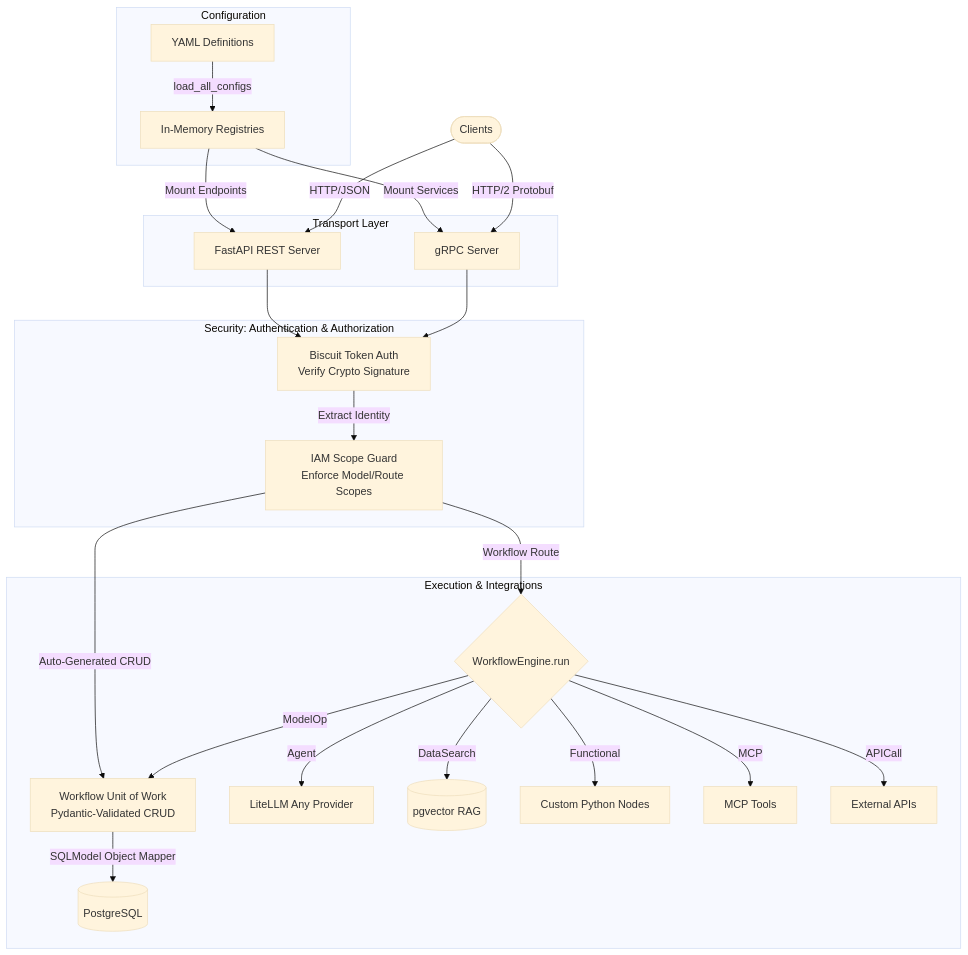
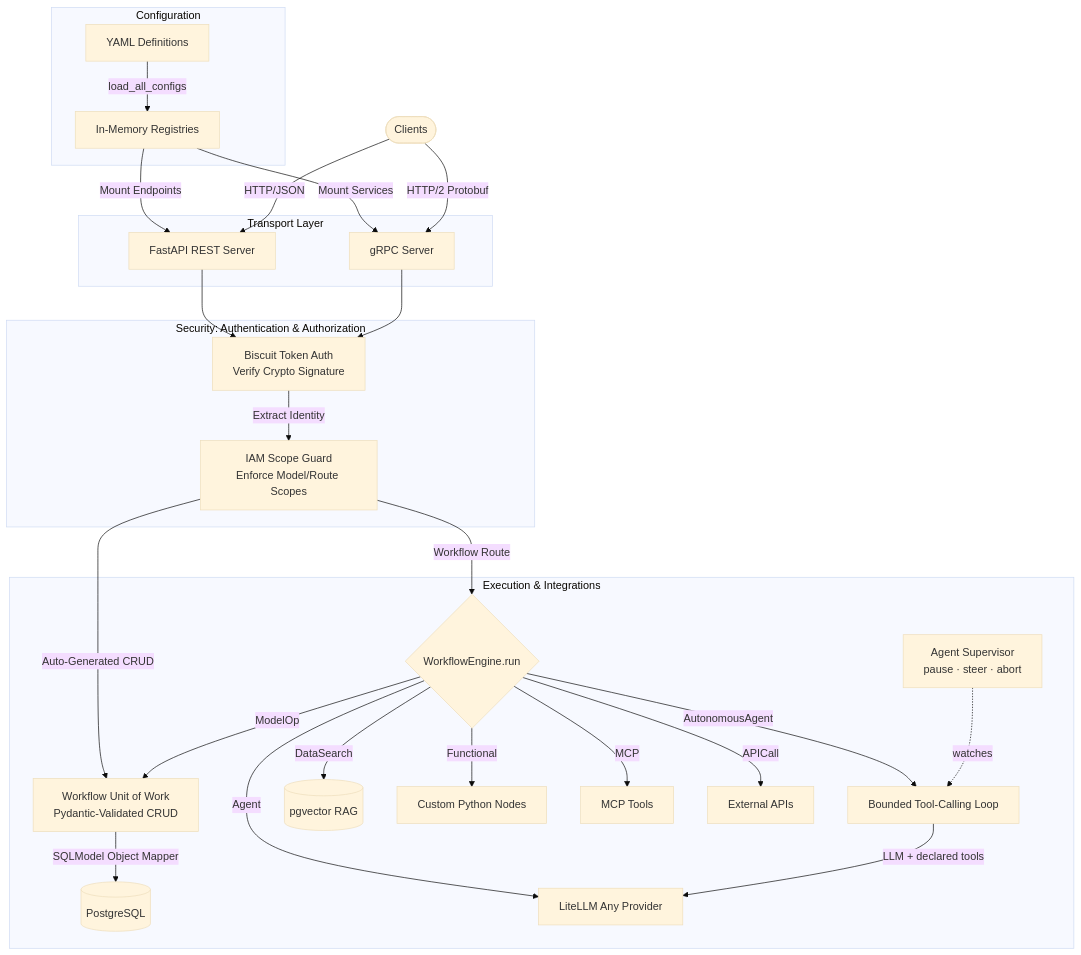
The diagram in docs/index.md (tuvl-io/docs), drawn with Mermaid (base theme) before and after one commit. The commit also changed other lines of this file, not shown here.

First line of the commit message:
docs(home): surface Autonomous Agents + Agent Supervisor in Key Features

````diff
--- a/docs/index.md
+++ b/docs/index.md
@@ -120,33 +136,36 @@
 ```mermaid
 flowchart TD
     subgraph Configuration
         YAML[YAML Definitions] -->|load_all_configs| Reg[In-Memory Registries]
     end
 
     subgraph Transport Layer
         Reg -->|Mount Endpoints| REST[FastAPI REST Server]
         Reg -->|Mount Services| GRPC[gRPC Server]
     end
 
     Client([Clients]) -->|HTTP/JSON| REST
     Client -->|HTTP/2 Protobuf| GRPC
 
     subgraph Security: Authentication & Authorization
         REST --> Auth[Biscuit Token Auth<br>Verify Crypto Signature]
         GRPC --> Auth
         Auth -->|Extract Identity| AuthZ[IAM Scope Guard<br>Enforce Model/Route Scopes]
     end
 
     AuthZ -->|Workflow Route| Engine{WorkflowEngine.run}
     AuthZ -->|Auto-Generated CRUD| UoW[Workflow Unit of Work<br>Pydantic-Validated CRUD]
 
     subgraph Execution & Integrations
         Engine -->|ModelOp| UoW
         UoW -->|SQLModel Object Mapper| PG[(PostgreSQL)]
         Engine -->|Agent| LLM[LiteLLM Any Provider]
+        Engine -->|AutonomousAgent| Loop[Bounded Tool-Calling Loop]
+        Loop -->|LLM + declared tools| LLM
+        Sup[Agent Supervisor<br>pause · steer · abort] -.watches.-> Loop
         Engine -->|DataSearch| RAG[(pgvector RAG)]
         Engine -->|Functional| Nodes[Custom Python Nodes]
         Engine -->|MCP| MCP[MCP Tools]
         Engine -->|APICall| ExtAPI[External APIs]
     end
 ```
````
